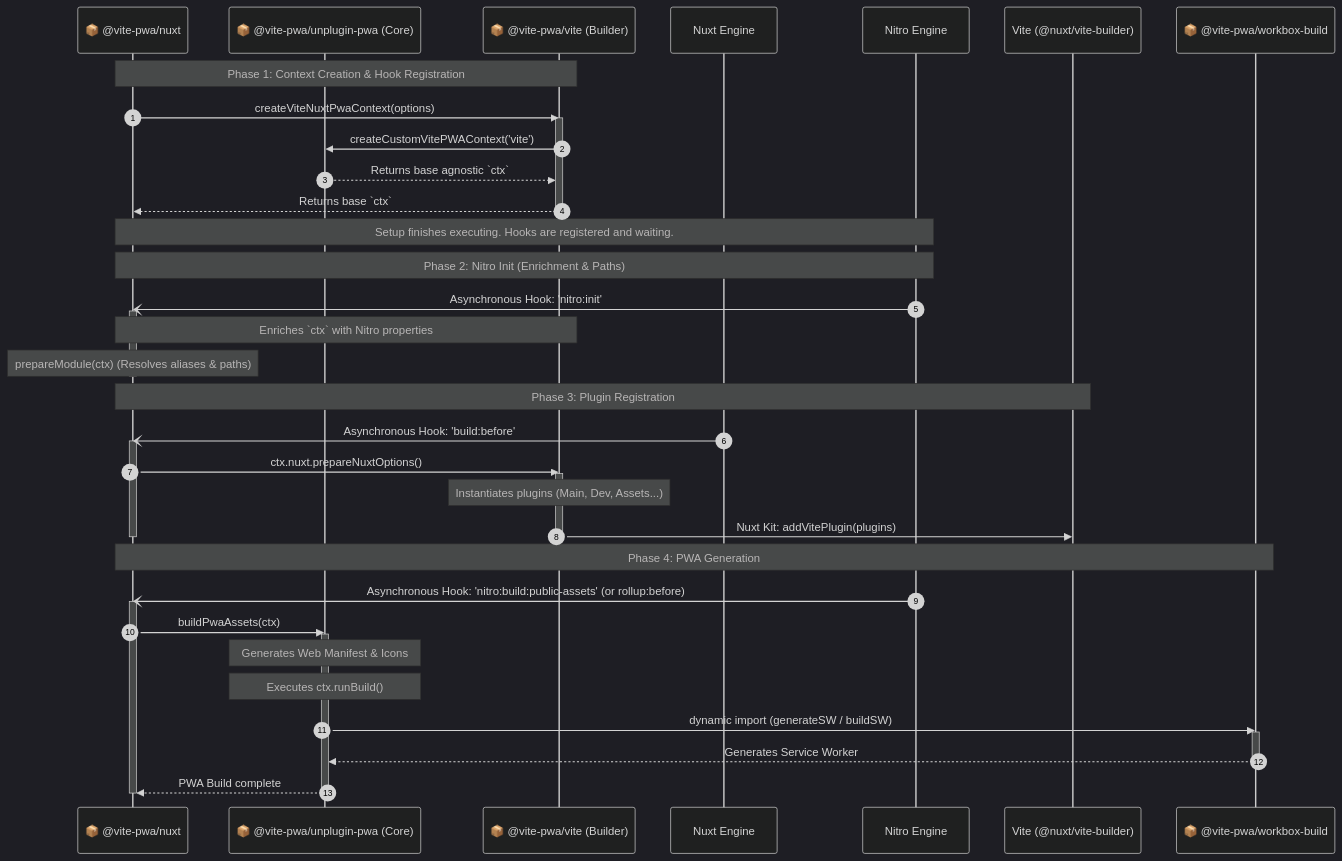
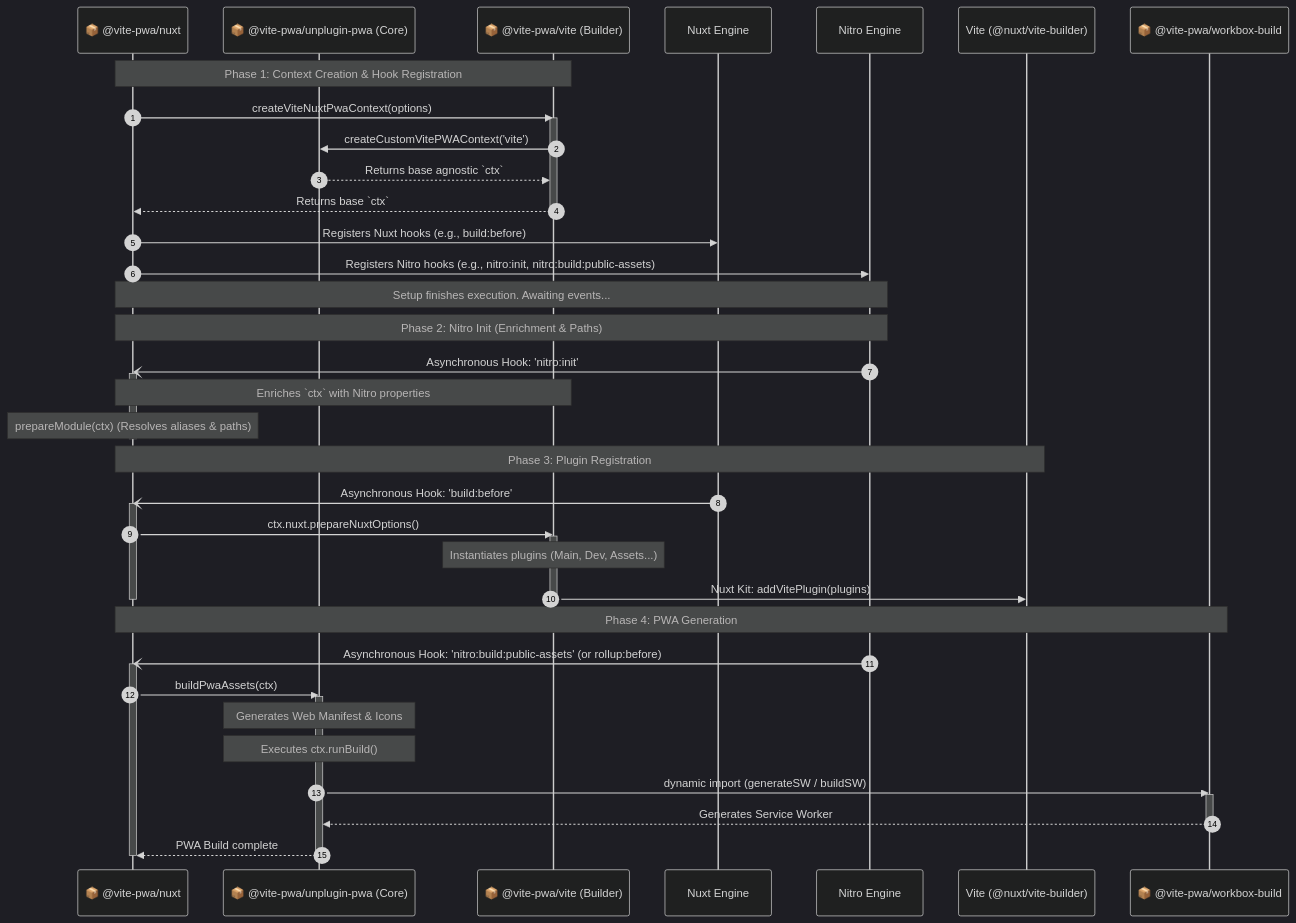
One commit to vite-pwa/unplugin-pwa changed the third of 3 diagrams in ARCHITECTURE.md. Above: the diagram before and after it, drawn with Mermaid (dark theme). The commit also changed other lines of this file, not shown here.

Commit message:
docs: update ARCH

````diff
--- a/ARCHITECTURE.md
+++ b/ARCHITECTURE.md
@@ -98,52 +98,55 @@
 ```mermaid
 sequenceDiagram
     autonumber
     participant Setup as 📦 @vite-pwa/nuxt
     participant Core as 📦 @vite-pwa/unplugin-pwa (Core)
     participant Builder as 📦 @vite-pwa/vite (Builder)
     participant Nuxt as Nuxt Engine
     participant Nitro as Nitro Engine
     participant Vite as Vite (@nuxt/vite-builder)
     participant WB as 📦 @vite-pwa/workbox-build
 
     Note over Setup, Builder: Phase 1: Context Creation & Hook Registration
     Setup->>Builder: createViteNuxtPwaContext(options)
     activate Builder
     Builder->>Core: createCustomVitePWAContext('vite')
     Core-->>Builder: Returns base agnostic `ctx`
     Builder-->>Setup: Returns base `ctx`
     deactivate Builder
-    Note over Setup, Nitro: Setup finishes executing. Hooks are registered and waiting.
+    
+    Setup->>Nuxt: Registers Nuxt hooks (e.g., build:before)
+    Setup->>Nitro: Registers Nitro hooks (e.g., nitro:init, nitro:build:public-assets)
+    Note over Setup, Nitro: Setup finishes execution. Awaiting events...
 
     Note over Setup, Nitro: Phase 2: Nitro Init (Enrichment & Paths)
     Nitro-)Setup: Asynchronous Hook: 'nitro:init'
     activate Setup
     Note over Setup, Builder: Enriches `ctx` with Nitro properties
     Note over Setup: prepareModule(ctx) (Resolves aliases & paths)
     deactivate Setup
 
     Note over Setup, Vite: Phase 3: Plugin Registration
     Nuxt-)Setup: Asynchronous Hook: 'build:before'
     activate Setup
     Setup->>Builder: ctx.nuxt.prepareNuxtOptions()
     activate Builder
     Note over Builder: Instantiates plugins (Main, Dev, Assets...)
     Builder->>Vite: Nuxt Kit: addVitePlugin(plugins)
     deactivate Builder
     deactivate Setup
 
     Note over Setup, WB: Phase 4: PWA Generation
     Nitro-)Setup: Asynchronous Hook: 'nitro:build:public-assets' (or rollup:before)
     activate Setup
     Setup->>Core: buildPwaAssets(ctx)
     activate Core
     Note over Core: Generates Web Manifest & Icons
     Note over Core: Executes ctx.runBuild()
     Core->>WB: dynamic import (generateSW / buildSW)
     activate WB
     WB-->>Core: Generates Service Worker
     deactivate WB
     Core-->>Setup: PWA Build complete
     deactivate Core
     deactivate Setup
 ```
````
